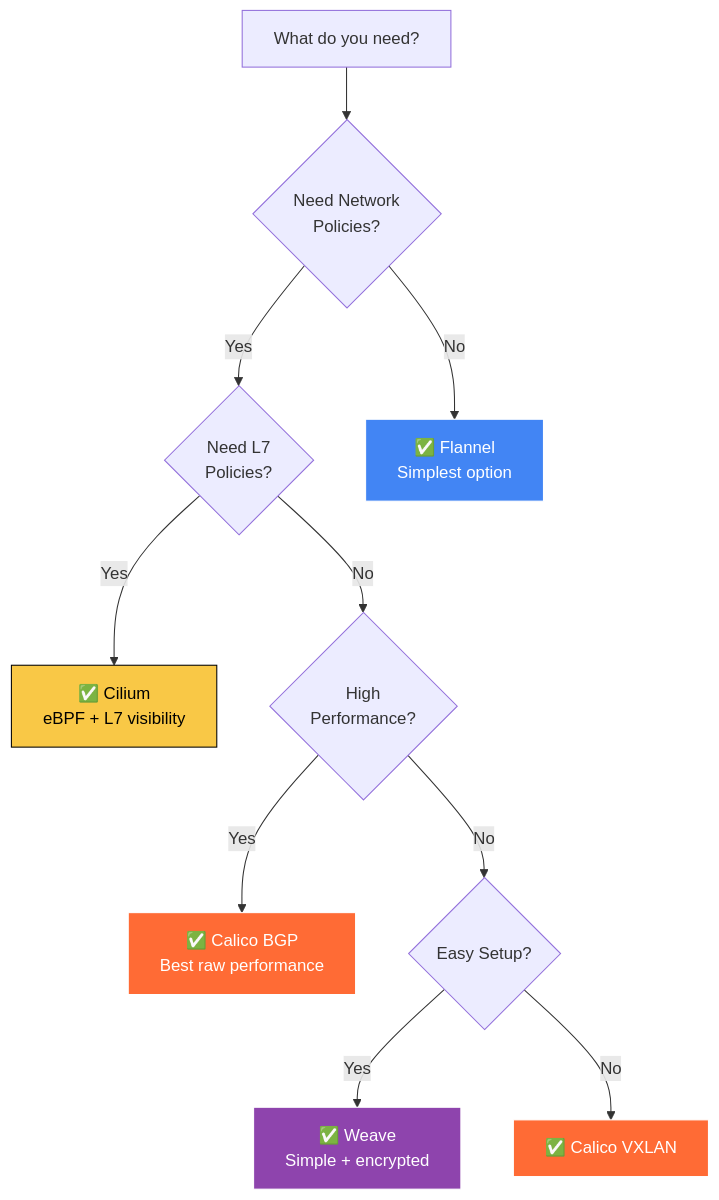
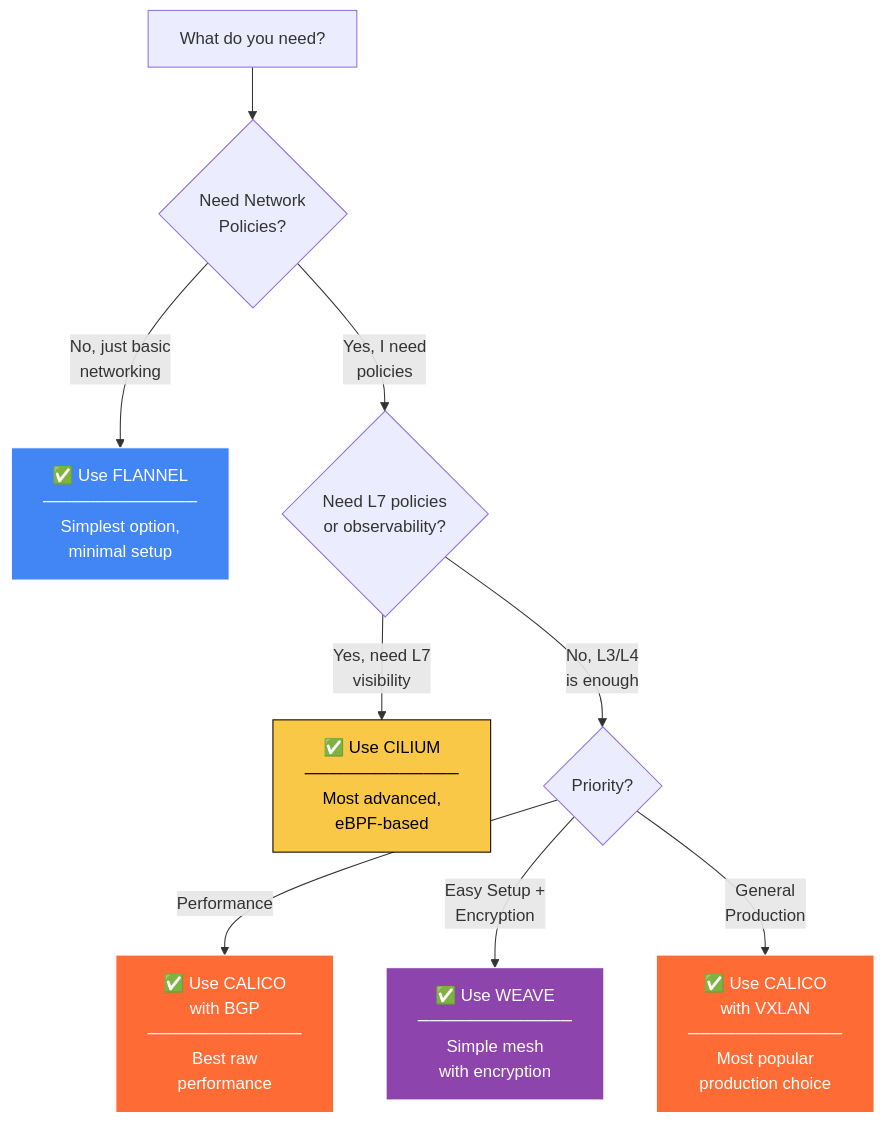
The third of 3 diagrams in cni_networking/03-cni-plugins-deep-dive.md (selvakumarperumal/k8s_minikube_learn), drawn with Mermaid before and after one commit. The commit also changed other lines of this file and 4 other files, not shown here.

````diff
--- a/cni_networking/03-cni-plugins-deep-dive.md
+++ b/cni_networking/03-cni-plugins-deep-dive.md
@@ -366,22 +562,24 @@
 ```mermaid
-flowchart TB
-    Start["What do you need?"] --> Q1{"Need Network\nPolicies?"}
+flowchart TD
+    Start["What do you need?"] --> Q1{"Need Network<br/>Policies?"}
     
-    Q1 -->|Yes| Q2{"Need L7\nPolicies?"}
-    Q1 -->|No| Flannel["✅ Flannel\nSimplest option"]
+    Q1 -->|"No, just basic<br/>networking"| Flannel["✅ Use FLANNEL<br/>─────────────<br/>Simplest option,<br/>minimal setup"]
     
-    Q2 -->|Yes| Cilium["✅ Cilium\neBPF + L7 visibility"]
-    Q2 -->|No| Q3{"High\nPerformance?"}
+    Q1 -->|"Yes, I need<br/>policies"| Q2{"Need L7 policies<br/>or observability?"}
     
-    Q3 -->|Yes| Calico["✅ Calico BGP\nBest raw performance"]
-    Q3 -->|No| Q4{"Easy Setup?"}
+    Q2 -->|"Yes, need L7<br/>visibility"| Cilium["✅ Use CILIUM<br/>─────────────<br/>Most advanced,<br/>eBPF-based"]
     
-    Q4 -->|Yes| Weave["✅ Weave\nSimple + encrypted"]
-    Q4 -->|No| Calico2["✅ Calico VXLAN"]
+    Q2 -->|"No, L3/L4<br/>is enough"| Q3{"Priority?"}
+    
+    Q3 -->|"Performance"| Calico["✅ Use CALICO<br/>with BGP<br/>─────────────<br/>Best raw<br/>performance"]
+    
+    Q3 -->|"Easy Setup +<br/>Encryption"| Weave["✅ Use WEAVE<br/>─────────────<br/>Simple mesh<br/>with encryption"]
+    
+    Q3 -->|"General<br/>Production"| Calico2["✅ Use CALICO<br/>with VXLAN<br/>─────────────<br/>Most popular<br/>production choice"]
     
     style Flannel fill:#4285f4,stroke:#fff,color:#fff
     style Cilium fill:#f9c846,stroke:#000,color:#000
     style Calico fill:#ff6b35,stroke:#fff,color:#fff
+    style Weave fill:#8e44ad,stroke:#fff,color:#fff
     style Calico2 fill:#ff6b35,stroke:#fff,color:#fff
-    style Weave fill:#8e44ad,stroke:#fff,color:#fff
 ```
````
